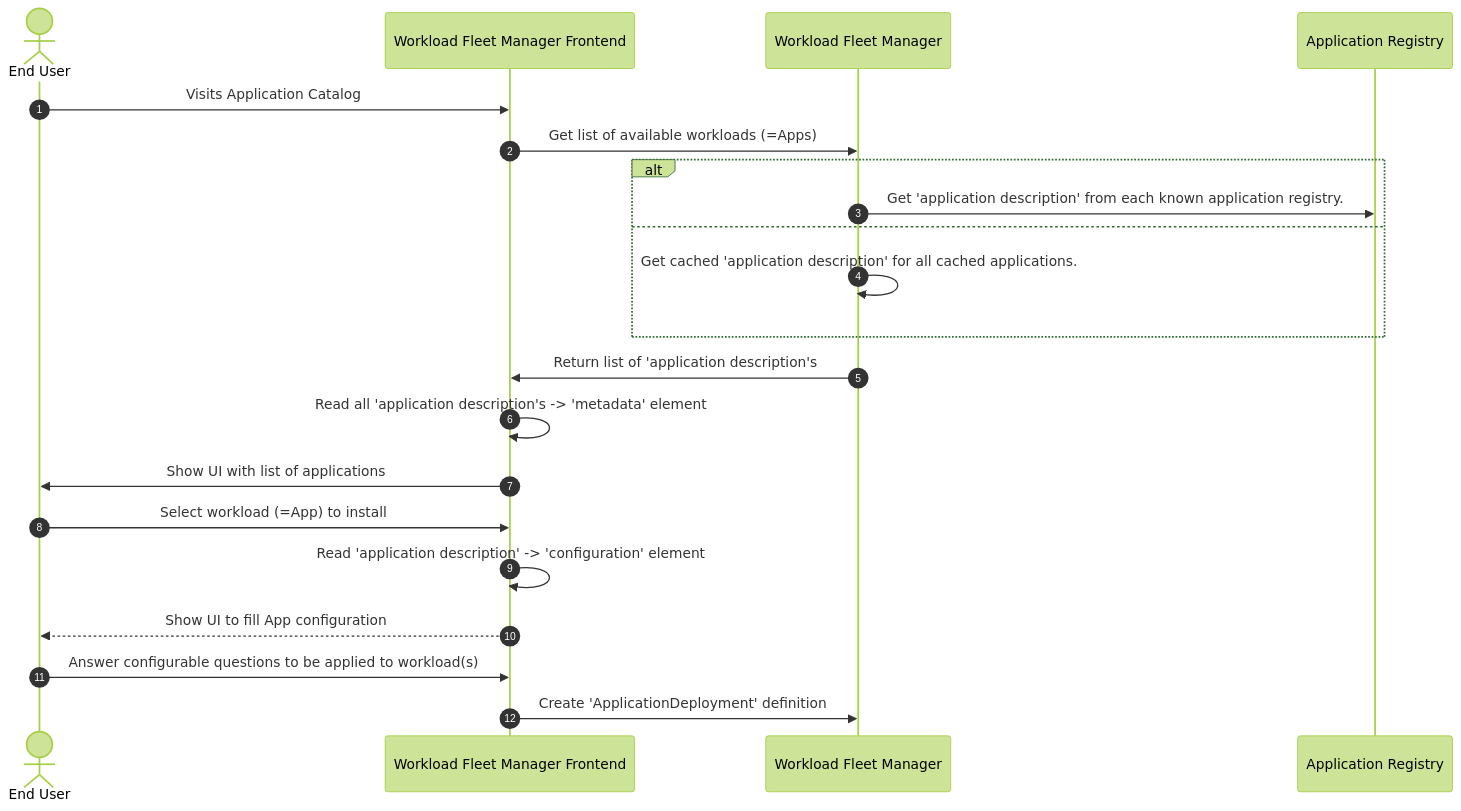
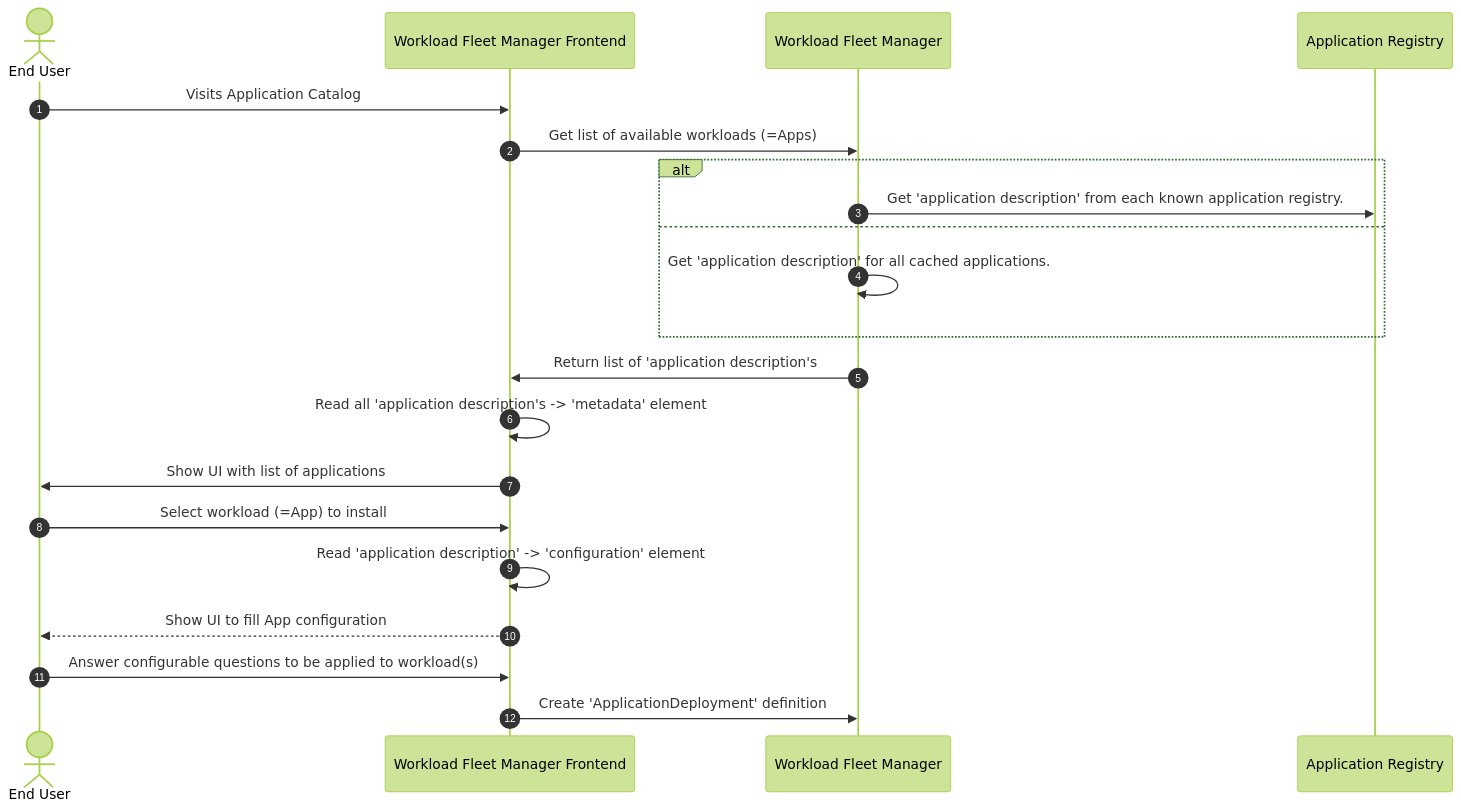
The diagram in system-design/margo-overview/application-package-overview.md (margo/specification), drawn with Mermaid (forest theme) before and after one commit. The commit also changed other lines of this file and 3 other files, not shown here.

````diff
--- a/system-design/margo-overview/application-package-overview.md
+++ b/system-design/margo-overview/application-package-overview.md
@@ -7,34 +7,34 @@
 ```mermaid
 ---
 config:
     layout: elk
 
 
 ---
 sequenceDiagram
     actor EndUser as End User
     participant frontend as Workload Fleet Manager Frontend
     participant fleetmgr as Workload Fleet Manager
     participant registry as Application Registry
         
     autonumber
     
     EndUser->>frontend: Visits Application Catalog
     frontend->>fleetmgr: Get list of available workloads (=Apps)
     
     alt
       fleetmgr ->> registry: Get 'application description' from each known application registry.
     else
-      fleetmgr ->> fleetmgr: Get cached 'application description' for all cached applications.
+      fleetmgr ->> fleetmgr: Get 'application description' for all cached applications.
     end
     fleetmgr->>frontend: Return list of 'application description's
     
     frontend ->> frontend: Read all 'application description's -> 'metadata' element
     frontend ->> EndUser: Show UI with list of applications
     EndUser->>frontend: Select workload (=App) to install
     frontend ->> frontend: Read 'application description' -> 'configuration' element
     frontend -->> EndUser: Show UI to fill App configuration
     EndUser ->> frontend: Answer configurable questions to be applied to workload(s)
     frontend ->> fleetmgr: Create 'ApplicationDeployment' definition
     
 ```
````
